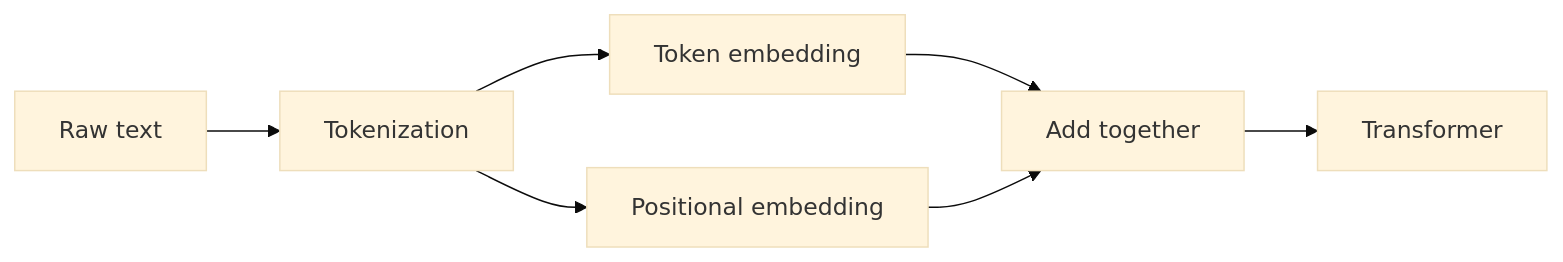
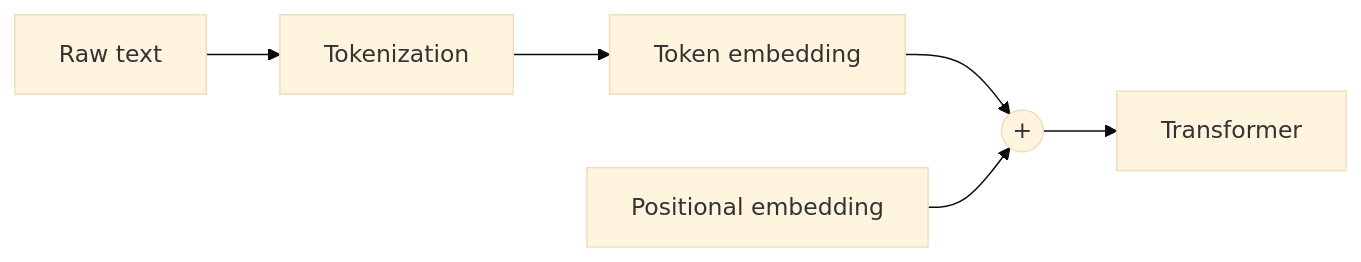
Before and after one commit to kaisarnajar/outcome-school-blogs: the diagram in notes/step-03-generative-ai-and-the-transformer-architecture/060-positional-embeddings-in-llms.md, drawn with Mermaid (base theme). The commit also changed other lines of this file and 233 other files, not shown here.

````diff
--- a/notes/step-03-generative-ai-and-the-transformer-architecture/060-positional-embeddings-in-llms.md
+++ b/notes/step-03-generative-ai-and-the-transformer-architecture/060-positional-embeddings-in-llms.md
@@ -21,9 +23,8 @@
 ```mermaid
 flowchart LR
-    A["Raw text"] --> B["Tokenization"]
-    B --> C["Token embedding"]
-    B --> D["Positional embedding"]
-    C --> E["Add together"]
-    D --> E
-    E --> F["Transformer"]
+    A1["Raw text"] --> A2["Tokenization"]
+    A2 --> A3["Token embedding"]
+    A3 --> A4(("+"))
+    A5["Positional embedding"] --> A4
+    A4 --> A6["Transformer"]
 ```
````
